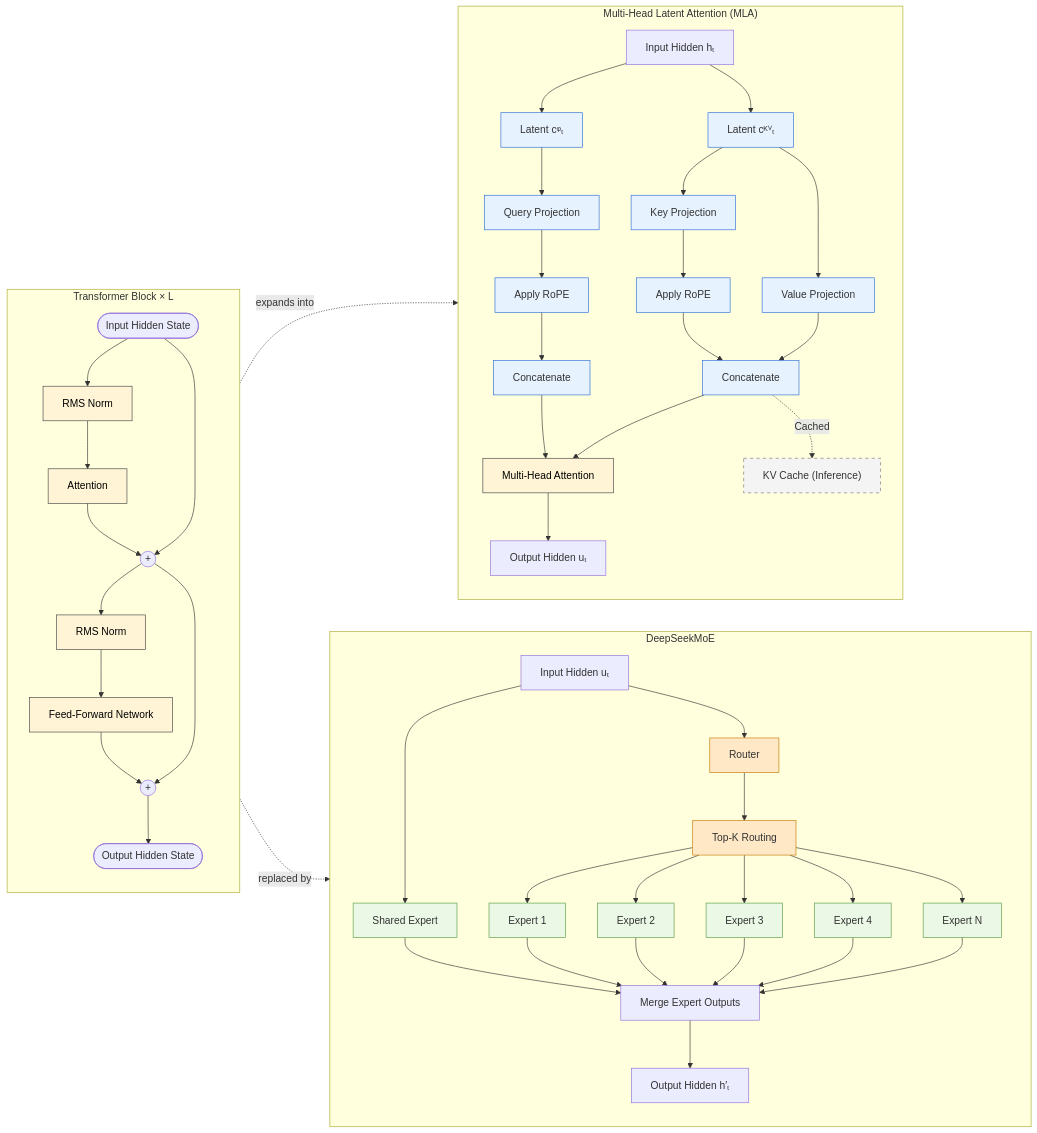
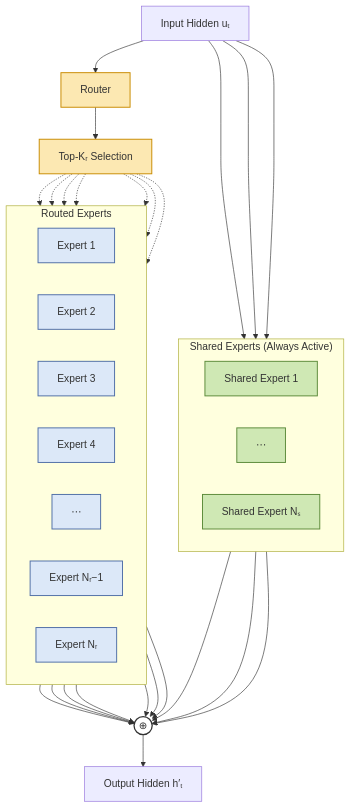
Before and after one commit to samm329-ui/Local_llm101: the second of 2 diagrams in Chapters/05. A Real World Case Study.md, drawn with Mermaid. The commit also changed other lines of this file, not shown here.

Commit message:
DeepSeek-V2 moe Architecture

````diff
--- a/Chapters/05. A Real World Case Study.md
+++ b/Chapters/05. A Real World Case Study.md
@@ -2746,161 +2745,101 @@
 ```mermaid
-flowchart LR
+flowchart TB
 
-%% =========================
-%% Transformer Block
-%% =========================
-subgraph TBLOCK["Transformer Block × L"]
-direction TB
+%% ===========================
+%% Input
+%% ===========================
 
-IN([Input Hidden State])
+U["Input Hidden uₜ"]
 
-RMS1["RMS Norm"]
-ATTN["Attention"]
+%% ===========================
+%% Router
+%% ===========================
 
-ADD1((+))
+R["Router"]
+K["Top-Kᵣ Selection"]
 
-RMS2["RMS Norm"]
-FFN["Feed-Forward Network"]
+U --> R
+R --> K
 
-ADD2((+))
+%% ===========================
+%% Shared Experts
+%% ===========================
 
-OUT([Output Hidden State])
+subgraph Shared["Shared Experts (Always Active)"]
 
-IN --> RMS1
-RMS1 --> ATTN
-ATTN --> ADD1
-IN --> ADD1
+direction LR
 
-ADD1 --> RMS2
-RMS2 --> FFN
-FFN --> ADD2
-ADD1 --> ADD2
-ADD2 --> OUT
+S1["Shared Expert 1"]
+SD["⋯"]
+SN["Shared Expert Nₛ"]
 
 end
 
-%% =========================
-%% MLA
-%% =========================
+%% ===========================
+%% Routed Experts
+%% ===========================
 
-subgraph MLA["Multi-Head Latent Attention (MLA)"]
+subgraph Routed["Routed Experts"]
 
-direction TB
-
-MLA_IN["Input Hidden hₜ"]
-
-LATQ["Latent cᵠₜ"]
-LATKV["Latent cᴷⱽₜ"]
-
-Q["Query Projection"]
-K["Key Projection"]
-V["Value Projection"]
-
-ROPEQ["Apply RoPE"]
-ROPEK["Apply RoPE"]
-
-CONQ["Concatenate"]
-CONKV["Concatenate"]
-
-MHA["Multi-Head Attention"]
-
-MLA_OUT["Output Hidden uₜ"]
-
-CACHE["KV Cache (Inference)"]
-
-MLA_IN --> LATQ
-MLA_IN --> LATKV
-
-LATQ --> Q
-Q --> ROPEQ
-ROPEQ --> CONQ
-
-LATKV --> K
-LATKV --> V
-
-K --> ROPEK
-ROPEK --> CONKV
-V --> CONKV
-
-CONQ --> MHA
-CONKV --> MHA
-
-CONKV -. Cached .-> CACHE
-
-MHA --> MLA_OUT
-
-end
-
-
-%% =========================
-%% DeepSeek MoE
-%% =========================
-
-subgraph MOE["DeepSeekMoE"]
-
-direction TB
-
-MOEIN["Input Hidden uₜ"]
-
-ROUTER["Router"]
-
-TOPK["Top-K Routing"]
-
-SE["Shared Expert"]
+direction LR
 
 E1["Expert 1"]
 E2["Expert 2"]
 E3["Expert 3"]
 E4["Expert 4"]
-EN["Expert N"]
+ED["⋯"]
+EN1["Expert Nᵣ−1"]
+EN["Expert Nᵣ"]
 
-SUM["Merge Expert Outputs"]
+end
 
-MOEOUT["Output Hidden h′ₜ"]
+%% Shared experts always receive input
 
-MOEIN --> ROUTER
-ROUTER --> TOPK
+U --> S1
+U --> SD
+U --> SN
 
-TOPK --> E1
-TOPK --> E2
-TOPK --> E3
-TOPK --> E4
-TOPK --> EN
+%% Router selects Top-K routed experts
 
-MOEIN --> SE
+K -.-> E1
+K -.-> E2
+K -.-> E3
+K -.-> E4
+K -.-> ED
+K -.-> EN1
+K -.-> EN
 
-SE --> SUM
+%% Aggregation
+
+SUM(("⊕"))
+
+S1 --> SUM
+SD --> SUM
+SN --> SUM
 
 E1 --> SUM
 E2 --> SUM
 E3 --> SUM
 E4 --> SUM
+ED --> SUM
+EN1 --> SUM
 EN --> SUM
 
-SUM --> MOEOUT
+H["Output Hidden h′ₜ"]
 
-end
+SUM --> H
 
-%% =========================
-%% Connections
-%% =========================
+%% ===========================
+%% Styles
+%% ===========================
 
-ATTN -. expands into .-> MLA
-FFN -. replaced by .-> MOE
+classDef shared fill:#CFE8B4,stroke:#5C8A3A,stroke-width:1.5px;
+classDef routed fill:#DCE8F8,stroke:#4F6EA7,stroke-width:1.5px;
+classDef router fill:#FCE8B2,stroke:#C98B00,stroke-width:1.5px;
+classDef merge fill:#FFFFFF,stroke:#333333,stroke-width:2px;
 
-%% =========================
-%% Styling
-%% =========================
-
-classDef block fill:#FFF5D6,stroke:#444,stroke-width:1px,color:#000;
-classDef latent fill:#E7F2FF,stroke:#2E6FD8,stroke-width:1px;
-classDef expert fill:#EAF8E5,stroke:#5A9C42,stroke-width:1px;
-classDef route fill:#FFE8C6,stroke:#C97A00,stroke-width:1px;
-classDef cache fill:#F4F4F4,stroke:#777,stroke-dasharray:5 5;
-
-class RMS1,RMS2,ATTN,FFN,MHA block;
-class LATQ,LATKV,Q,K,V,ROPEQ,ROPEK,CONQ,CONKV latent;
-class E1,E2,E3,E4,EN,SE expert;
-class ROUTER,TOPK route;
-class CACHE cache;
+class S1,SD,SN shared;
+class E1,E2,E3,E4,ED,EN1,EN routed;
+class R,K router;
+class SUM merge;
 ```
````
